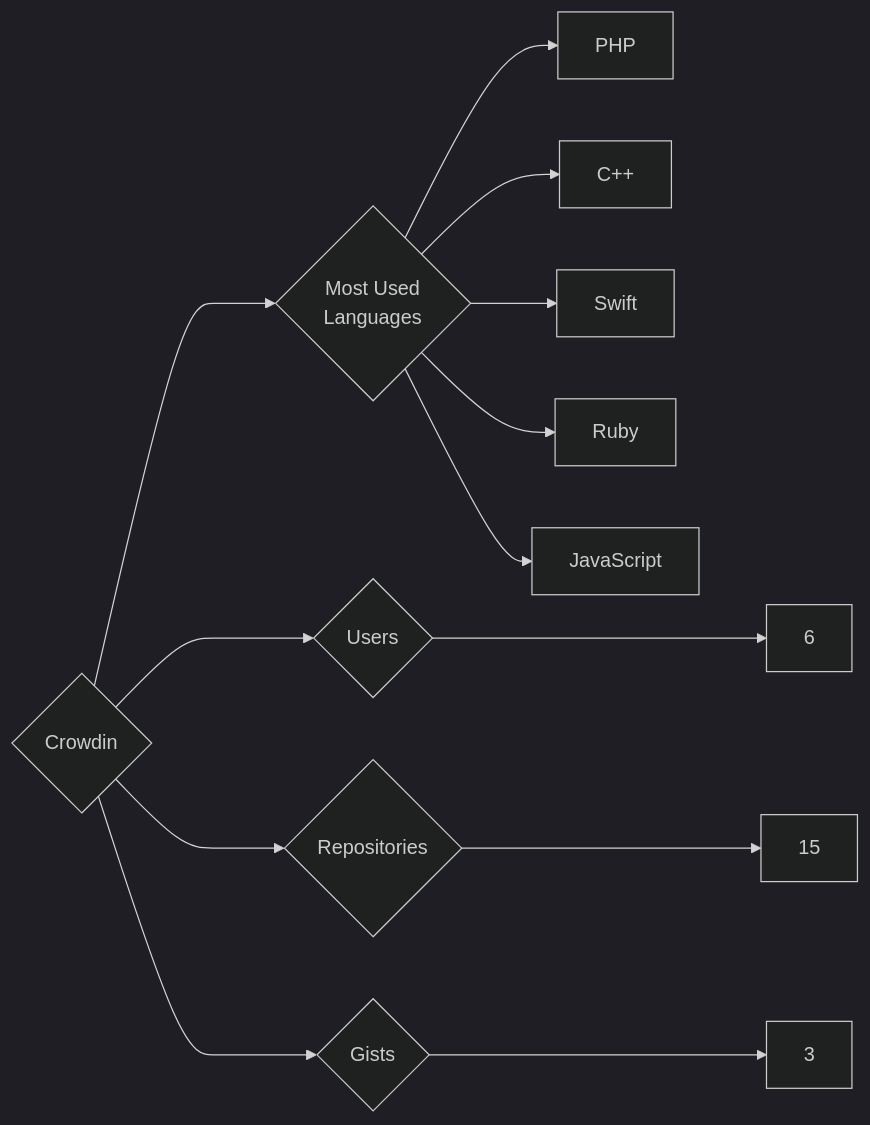
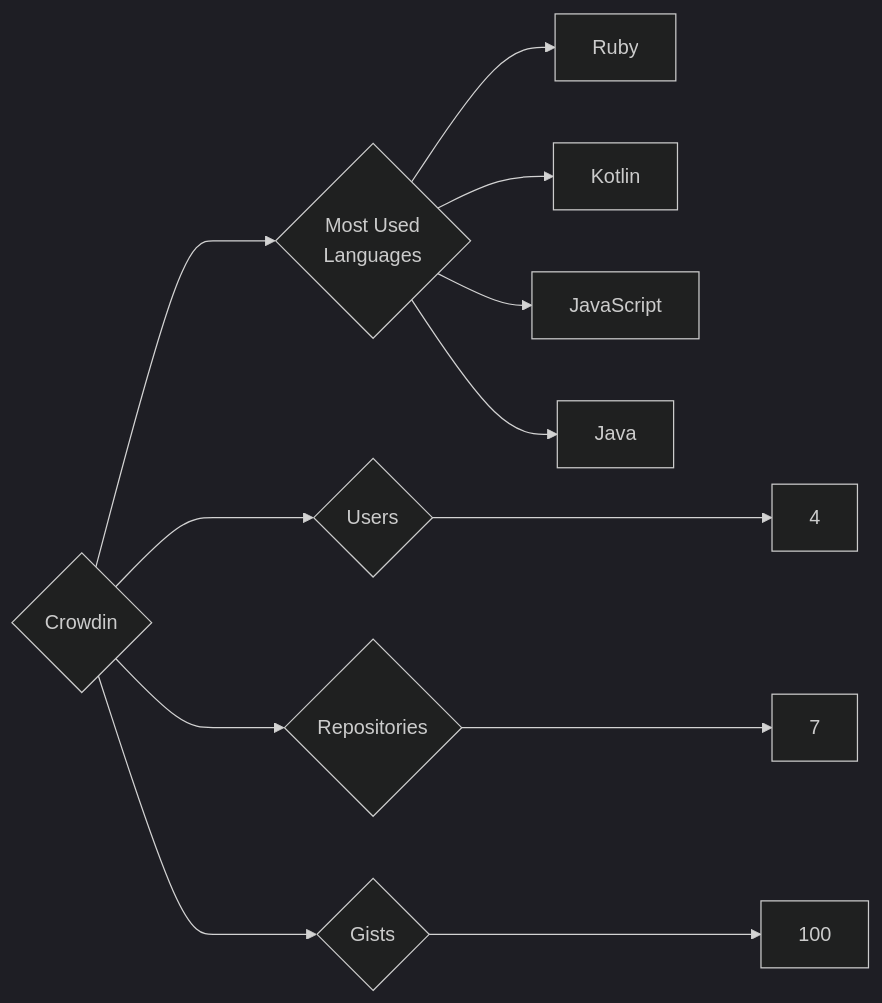
Before and after one commit to trickest/insiders: the diagram in targets/Crowdin/README.md, drawn with Mermaid (dark theme). The commit also changed 865 other files, not shown here.

````diff
--- a/targets/Crowdin/README.md
+++ b/targets/Crowdin/README.md
@@ -3,13 +3,12 @@
 ```mermaid
 graph LR
 COMPANY_NAME{Crowdin}
-COMPANY_NAME ---> U{Users} ---> UN[6]
-COMPANY_NAME ---> R{Repositories} ---> RN[15]
-COMPANY_NAME ---> G{Gists} ---> GN[3]
+COMPANY_NAME ---> U{Users} ---> UN[4]
+COMPANY_NAME ---> R{Repositories} ---> RN[7]
+COMPANY_NAME ---> G{Gists} ---> GN[100]
 COMPANY_NAME ---> ML{Most Used<br>Languages}
-ML --> PHP[PHP]
-ML --> C++[C++]
-ML --> Swift[Swift]
 ML --> Ruby[Ruby]
+ML --> Kotlin[Kotlin]
 ML --> JavaScript[JavaScript]
+ML --> Java[Java]
 ```
````
